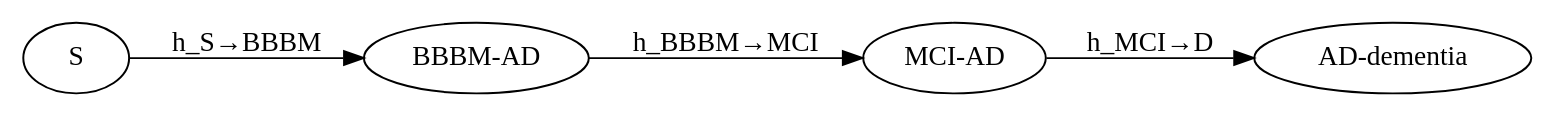
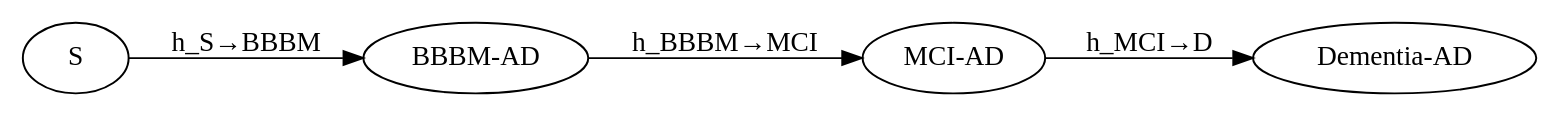
One commit to ihmeuw/vivarium_research changed the diagram in docs/source/models/causes/alzheimers/preclinical_and_mci_gbd_2023/index.rst. Above: the diagram before and after it, drawn with Graphviz. The commit also changed other lines of this file, not shown here.

Commit message:
rename cause state AD-dementia -> Dementia-AD

```diff
--- a/docs/source/models/causes/alzheimers/preclinical_and_mci_gbd_2023/index.rst
+++ b/docs/source/models/causes/alzheimers/preclinical_and_mci_gbd_2023/index.rst
@@ -154,11 +154,11 @@
 .. graphviz::
 
   digraph AlzheimersDisease {
     rankdir=LR;
     bbbm [label="BBBM-AD"]
     mci [label="MCI-AD"]
-    ad [label="AD-dementia"]
+    ad [label="Dementia-AD"]
     S -> bbbm [label="h_S→BBBM"]
     bbbm -> mci [label="h_BBBM→MCI"]
     mci -> ad [label="h_MCI→D"]
   }
```
